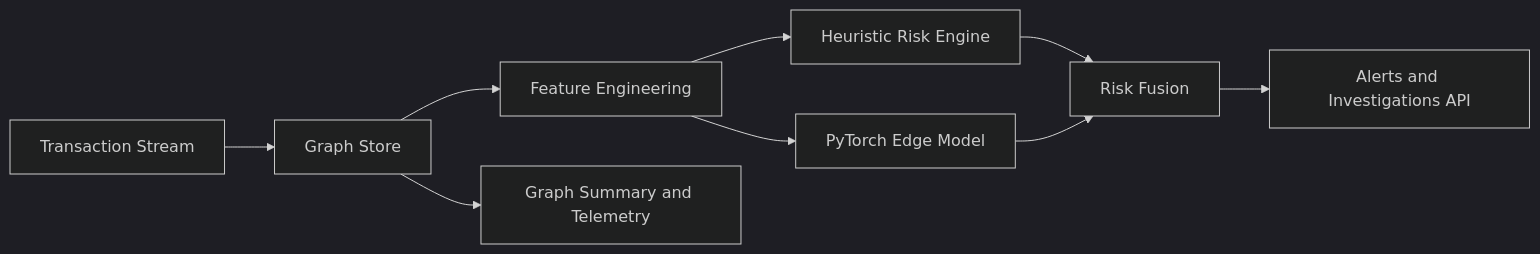
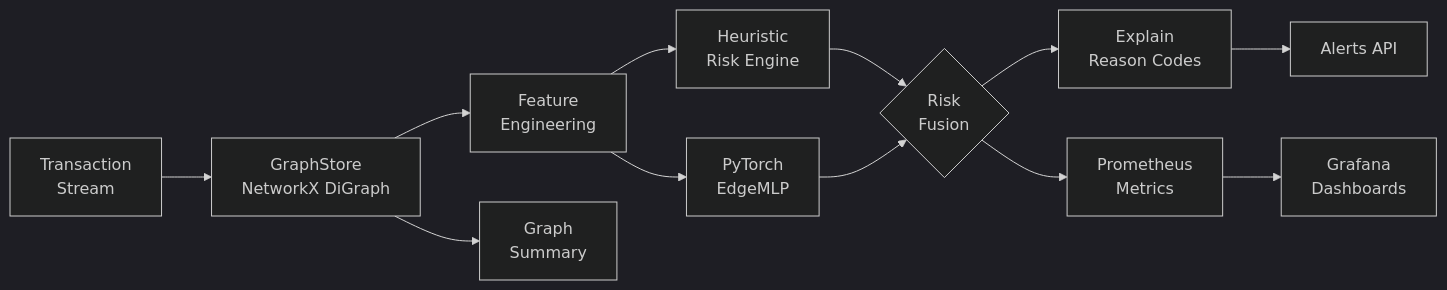
One commit to stelioszach03/graph-fraud-command-center changed the diagram in README.md. Above: the diagram before and after it, drawn with Mermaid (dark theme). The commit also changed other lines of this file and 6 other files, not shown here.

````diff
--- a/README.md
+++ b/README.md
@@ -23,11 +41,14 @@
 ```mermaid
 flowchart LR
-  A[Transaction Stream] --> B[Graph Store]
-  B --> C[Feature Engineering]
-  C --> D[Heuristic Risk Engine]
-  C --> E[PyTorch Edge Model]
-  D --> F[Risk Fusion]
-  E --> F
-  F --> G[Alerts and Investigations API]
-  B --> H[Graph Summary and Telemetry]
+    A["Transaction<br/>Stream"] --> B[GraphStore<br/>NetworkX DiGraph]
+    B --> C[Feature<br/>Engineering]
+    C --> D[Heuristic<br/>Risk Engine]
+    C --> E[PyTorch<br/>EdgeMLP]
+    D --> F{Risk<br/>Fusion}
+    E --> F
+    F --> G[Explain<br/>Reason Codes]
+    G --> H[Alerts API]
+    B --> I[Graph<br/>Summary]
+    F --> J[Prometheus<br/>Metrics]
+    J --> K[Grafana<br/>Dashboards]
 ```
````
